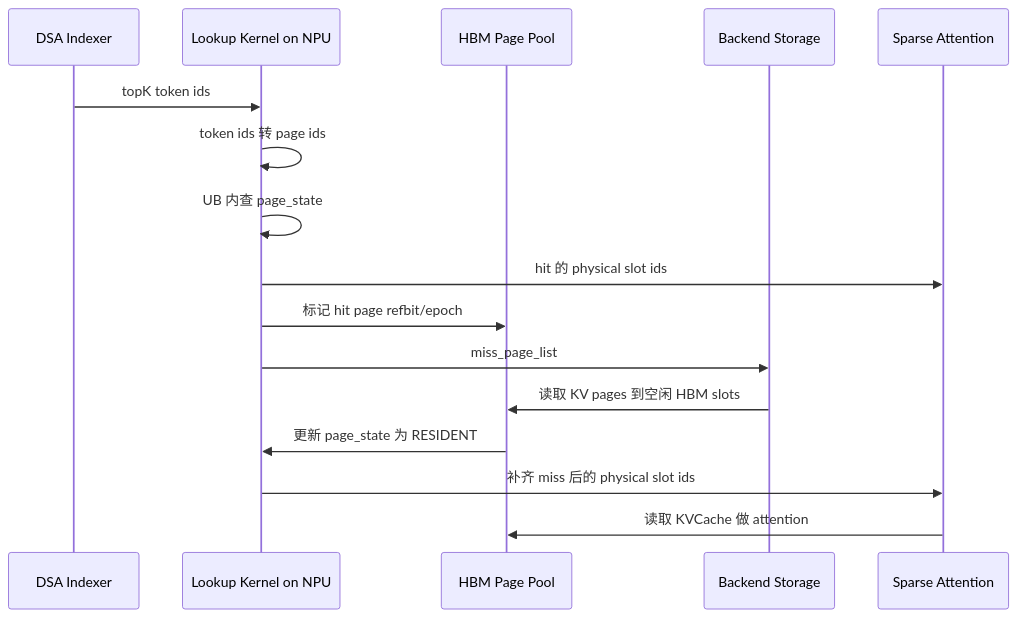
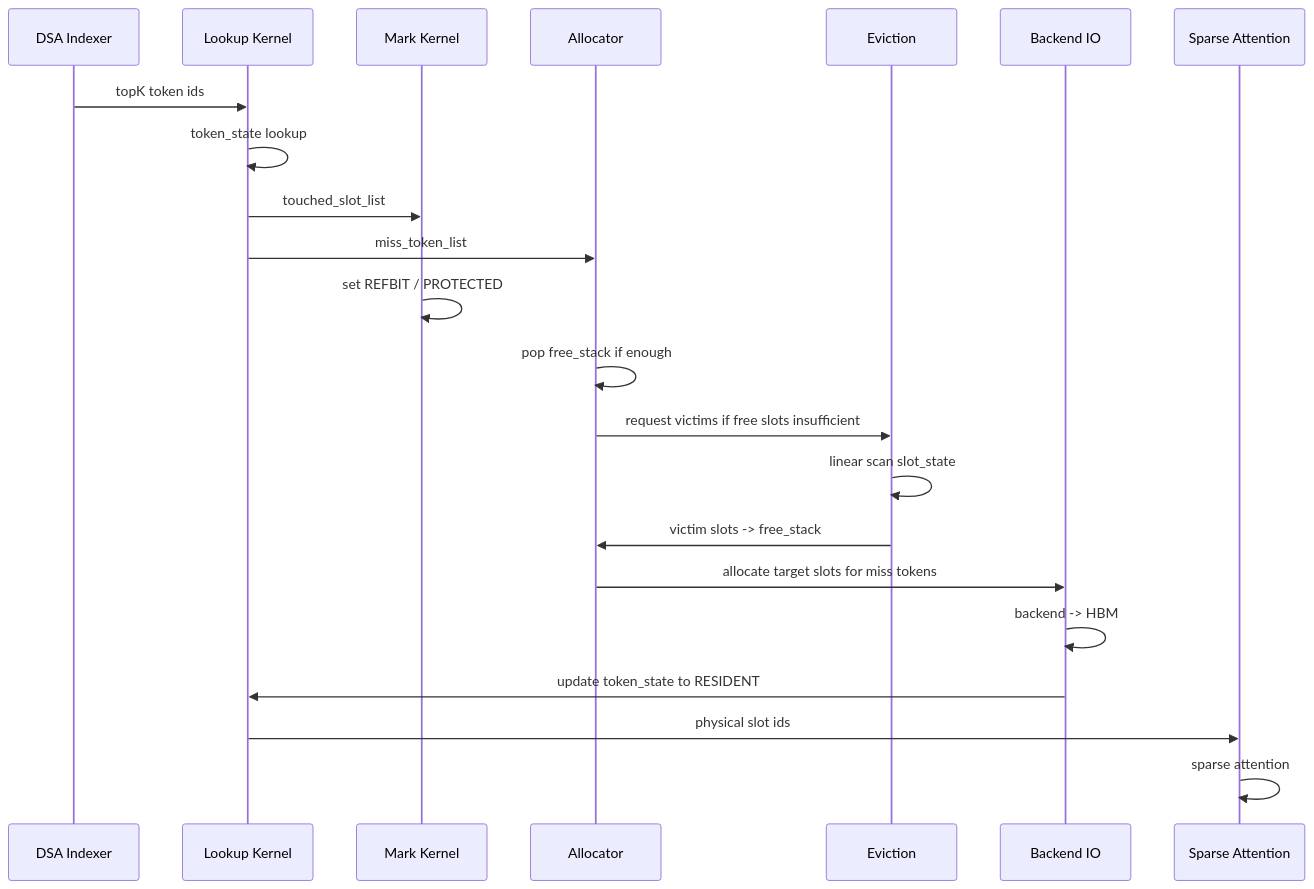
The sixth of 6 diagrams in docs/draft/2026-06-02-npu-hbm-kvcache-management-draft.md (ykfnxx/ASU-Ascend), drawn with Mermaid before and after one commit. The commit also changed other lines of this file, not shown here.

Commit message:
Update KVCache draft for token pool design

````diff
--- a/docs/draft/2026-06-02-npu-hbm-kvcache-management-draft.md
+++ b/docs/draft/2026-06-02-npu-hbm-kvcache-management-draft.md
@@ -212,19 +555,25 @@
 ```mermaid
 sequenceDiagram
     participant I as DSA Indexer
-    participant L as Lookup Kernel on NPU
-    participant P as HBM Page Pool
-    participant B as Backend Storage
-    participant A as Sparse Attention
+    participant L as Lookup Kernel
+    participant M as Mark Kernel
+    participant A as Allocator
+    participant E as Eviction
+    participant B as Backend IO
+    participant S as Sparse Attention
 
     I->>L: topK token ids
-    L->>L: token ids 转 page ids
-    L->>L: UB 内查 page_state
-    L->>A: hit 的 physical slot ids
-    L->>P: 标记 hit page refbit/epoch
-    L->>B: miss_page_list
-    B->>P: 读取 KV pages 到空闲 HBM slots
-    P->>L: 更新 page_state 为 RESIDENT
-    L->>A: 补齐 miss 后的 physical slot ids
-    A->>P: 读取 KVCache 做 attention
+    L->>L: token_state lookup
+    L->>M: touched_slot_list
+    L->>A: miss_token_list
+    M->>M: set REFBIT / PROTECTED
+    A->>A: pop free_stack if enough
+    A->>E: request victims if free slots insufficient
+    E->>E: linear scan slot_state
+    E->>A: victim slots -> free_stack
+    A->>B: allocate target slots for miss tokens
+    B->>B: backend -> HBM
+    B->>L: update token_state to RESIDENT
+    L->>S: physical slot ids
+    S->>S: sparse attention
 ```
````
